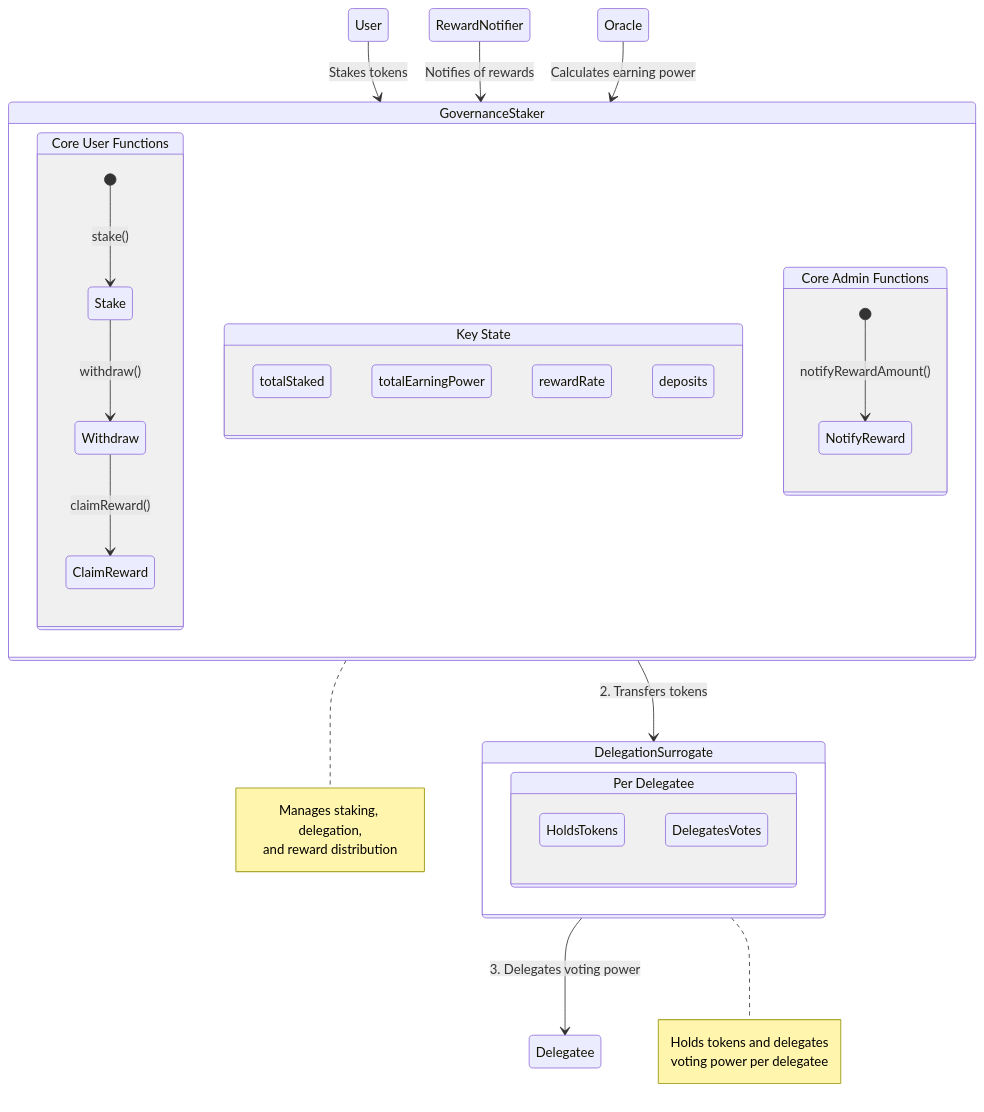
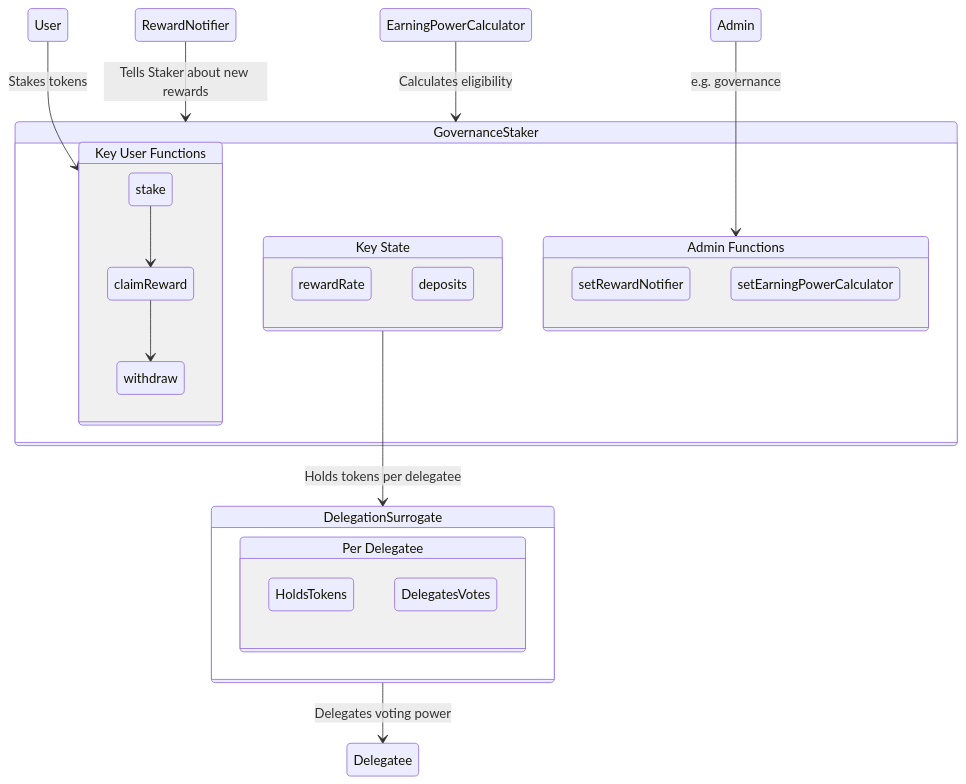
The first of 2 diagrams in README.md (withtally/staker), drawn with Mermaid before and after one commit. The commit also changed other lines of this file, not shown here.

Commit message:
Update README.md
Update diagrams

````diff
--- a/README.md
+++ b/README.md
@@ -23,48 +26,40 @@
 ```mermaid
+
 stateDiagram-v2
     direction TB
 
-    User --> GovernanceStaker: Stakes tokens
+    User --> CUF: Stakes tokens
     
     state GovernanceStaker {
-        state "Core User Functions" as CUF {
-            [*] --> Stake: stake()
-            Stake --> Withdraw: withdraw()
-            Withdraw --> ClaimReward: claimReward()
+        state "Key User Functions" as CUF {
+            stake --> claimReward
+            claimReward --> withdraw
         }
         
         state "Key State" as KS {
-            totalStaked
-            totalEarningPower
             rewardRate
             deposits
         }
 
-        state "Core Admin Functions" as CAF {
-            [*] --> NotifyReward: notifyRewardAmount()
+        state "Admin Functions" as CAF {
+            setRewardNotifier
+            setEarningPowerCalculator
         }
     }
 
     state DelegationSurrogate {
         state "Per Delegatee" as PD {
             HoldsTokens
             DelegatesVotes
         }
     }
 
-    GovernanceStaker --> DelegationSurrogate: 2. Transfers tokens
-    DelegationSurrogate --> Delegatee: 3. Delegates voting power
+    KS  --> DelegationSurrogate: Holds tokens per delegatee
+    DelegationSurrogate --> Delegatee: Delegates voting power
+    Admin --> CAF: e.g. governance
     
-    RewardNotifier --> GovernanceStaker: Notifies of rewards
-    Oracle --> GovernanceStaker: Calculates earning power
+    RewardNotifier --> GovernanceStaker: Tells Staker about new rewards
+    EarningPowerCalculator --> GovernanceStaker: Calculates eligibility
 
-    note right of GovernanceStaker
-        Manages staking, delegation,
-        and reward distribution
-    end note
     
-    note right of DelegationSurrogate
-        Holds tokens and delegates
-        voting power per delegatee
-    end note
 ```
````
